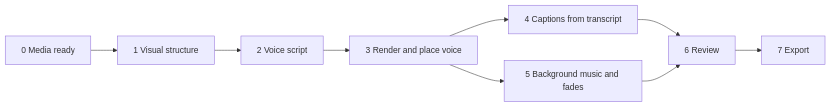
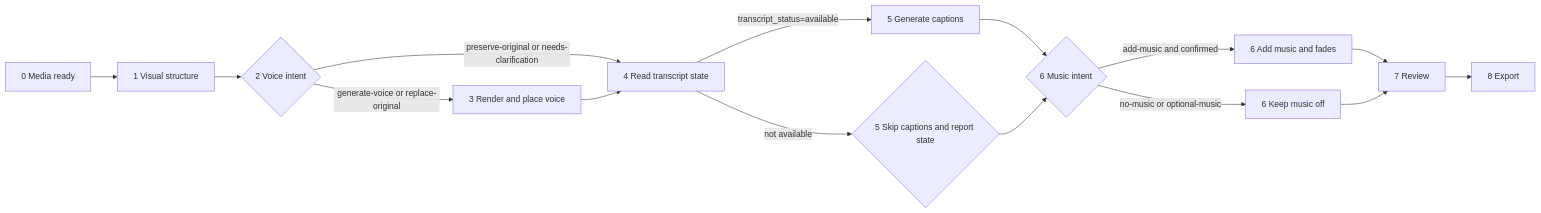
One commit to aixcut/agent-plugin changed the diagram in shared/skills/aixcut-video-assembly/SKILL.md. Above: the diagram before and after it, drawn with Mermaid. The commit also changed other lines of this file and 16 other files, not shown here.

````diff
--- a/shared/skills/aixcut-video-assembly/SKILL.md
+++ b/shared/skills/aixcut-video-assembly/SKILL.md
@@ -40,11 +54,17 @@
 ```mermaid
 flowchart LR
     A["0 Media ready"] --> B["1 Visual structure"]
-    B --> C["2 Voice script"]
-    C --> D["3 Render and place voice"]
-    D --> E["4 Captions from transcript"]
-    D --> F["5 Background music and fades"]
-    E --> G["6 Review"]
-    F --> G
-    G --> H["7 Export"]
+    B --> C{"2 Voice intent"}
+    C -->|generate-voice or replace-original| D["3 Render and place voice"]
+    C -->|preserve-original or needs-clarification| E["4 Read transcript state"]
+    D --> E["4 Read transcript state"]
+    E -->|transcript_status=available| F["5 Generate captions"]
+    E -->|not available| G{"5 Skip captions and report state"}
+    F --> H{"6 Music intent"}
+    G --> H
+    H -->|add-music and confirmed| I["6 Add music and fades"]
+    H -->|no-music or optional-music| J["6 Keep music off"]
+    I --> K["7 Review"]
+    J --> K
+    K --> L["8 Export"]
 ```
````
